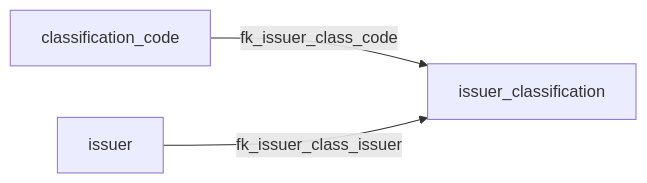
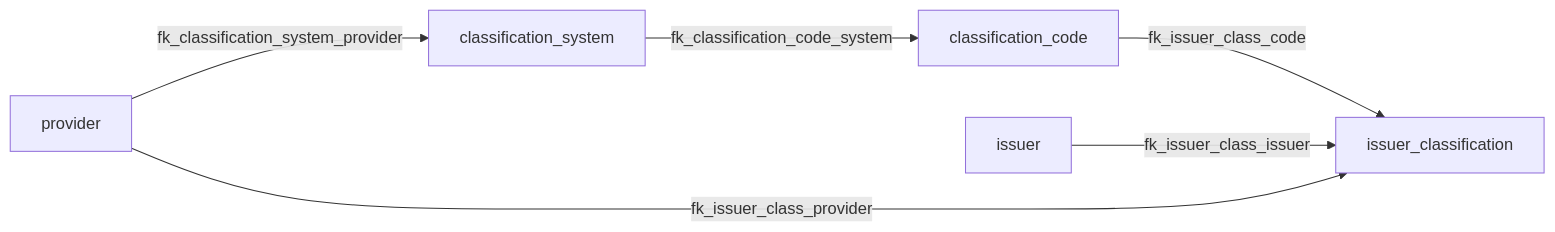
Before and after one commit to cmhettinger/empire: the diagram in docs/db/stonks/generated/erd-groups/issuer-classifications-relations.md, drawn with Mermaid. The commit also changed 79 other files, not shown here.

````diff
--- a/docs/db/stonks/generated/erd-groups/issuer-classifications-relations.md
+++ b/docs/db/stonks/generated/erd-groups/issuer-classifications-relations.md
@@ -1,9 +1,14 @@
 ```mermaid
 flowchart LR
   classification_code["classification_code"]
+  classification_system["classification_system"]
   issuer["issuer"]
   issuer_classification["issuer_classification"]
+  provider["provider"]
 
+  classification_system -->|fk_classification_code_system| classification_code
+  provider -->|fk_classification_system_provider| classification_system
   classification_code -->|fk_issuer_class_code| issuer_classification
   issuer -->|fk_issuer_class_issuer| issuer_classification
+  provider -->|fk_issuer_class_provider| issuer_classification
 ```
````
